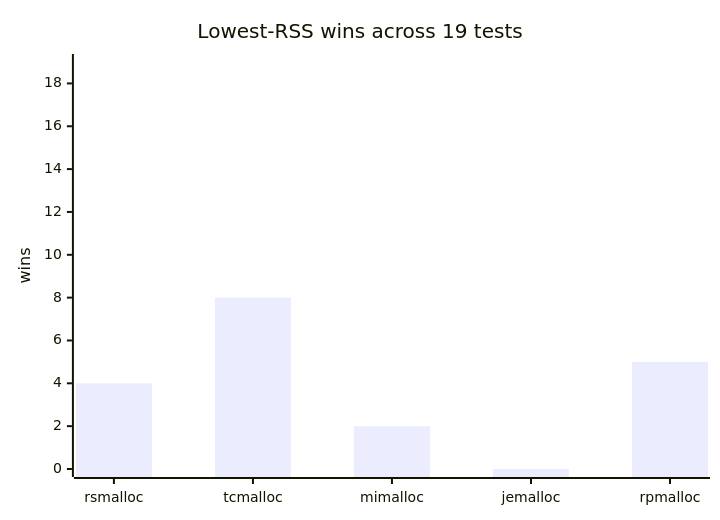
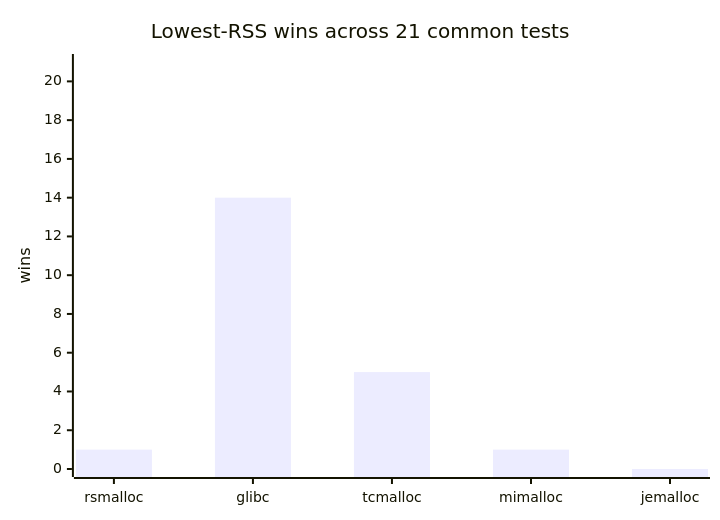
One commit to Metehan120/rsmalloc changed the second of 8 diagrams in benchmarks/benchmarks.md. Above: the diagram before and after it, drawn with Mermaid. The commit also changed other lines of this file and 13 other files, not shown here.

````diff
--- a/benchmarks/benchmarks.md
+++ b/benchmarks/benchmarks.md
@@ -106,7 +88,7 @@
 ```mermaid
 xychart-beta
-    title "Lowest-RSS wins across 19 tests"
-    x-axis [rsmalloc, tcmalloc, mimalloc, jemalloc, rpmalloc]
-    y-axis "wins" 0 --> 19
-    bar [4, 8, 2, 0, 5]
+    title "Lowest-RSS wins across 21 common tests"
+    x-axis [rsmalloc, glibc, tcmalloc, mimalloc, jemalloc]
+    y-axis "wins" 0 --> 21
+    bar [1, 14, 5, 1, 0]
 ```
````
